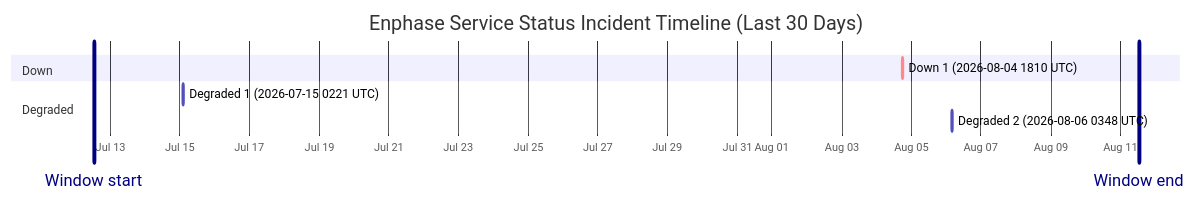
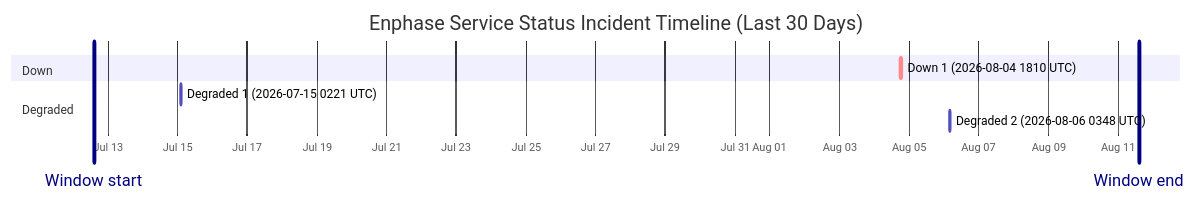
The diagram in wiki/Service-Status-History.md (barneyonline/ha-enphase-energy), drawn with Mermaid before and after one commit. The commit also changed other lines of this file and 3 other files, not shown here.

````diff
--- a/wiki/Service-Status-History.md
+++ b/wiki/Service-Status-History.md
@@ -14,13 +14,13 @@
 ```mermaid
 gantt
     title Enphase Service Status Incident Timeline (Last 30 Days)
     dateFormat  YYYY-MM-DDTHH:mm:ss
     axisFormat  %b %d
-    Window start :vert, window-start, 2026-07-12T12:59:54, 0ms
-    Window end :vert, window-end, 2026-08-11T12:59:54, 0ms
+    Window start :vert, window-start, 2026-07-12T14:22:51, 0ms
+    Window end :vert, window-end, 2026-08-11T14:22:51, 0ms
     section Down
     Down 1 (2026-08-04 1810 UTC) :crit, down-1, 2026-08-04T18:10:46, 60m
     section Degraded
     Degraded 1 (2026-07-15 0221 UTC) :active, degraded-1, 2026-07-15T02:21:35, 60m
     Degraded 2 (2026-08-06 0348 UTC) :active, degraded-2, 2026-08-06T03:48:14, 60m
 ```
````
